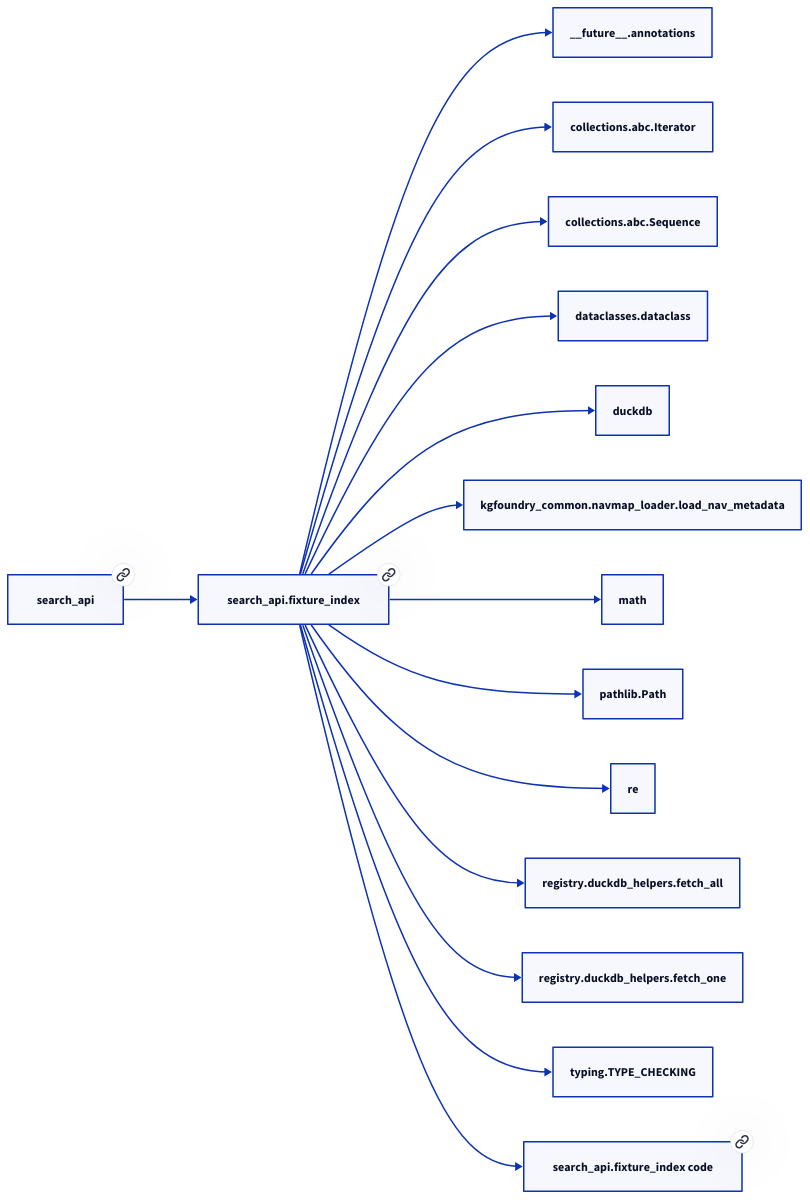
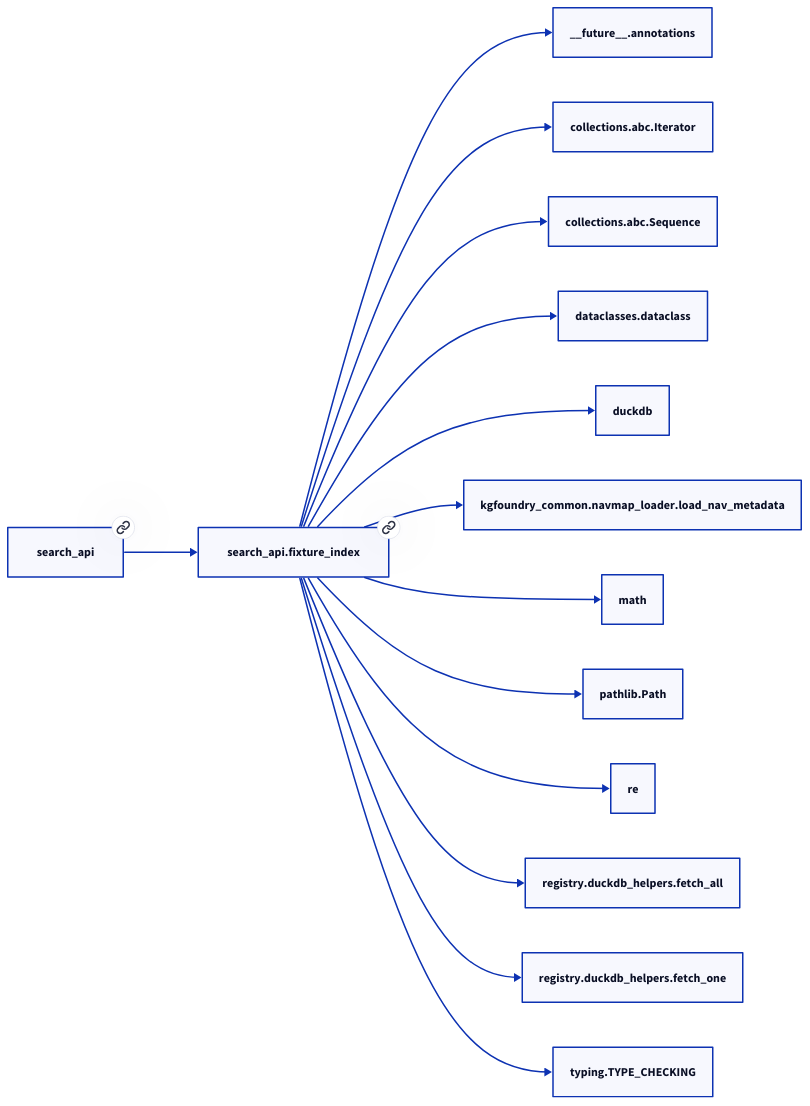
Before and after one commit to paul-heyse/kgforge: the second of 2 diagrams in docs/modules/search_api/fixture_index.md, drawn with D2. The commit also changed other lines of this file and 118 other files, not shown here.

````diff
--- a/docs/modules/search_api/fixture_index.md
+++ b/docs/modules/search_api/fixture_index.md
@@ -52,32 +50,30 @@
 ```d2
 direction: right
-"search_api.fixture_index": "search_api.fixture_index" { link: "./search_api/fixture_index.md" }
+"search_api.fixture_index": "search_api.fixture_index" { link: "fixture_index.md" }
 "__future__.annotations": "__future__.annotations"
 "search_api.fixture_index" -> "__future__.annotations"
 "collections.abc.Iterator": "collections.abc.Iterator"
 "search_api.fixture_index" -> "collections.abc.Iterator"
 "collections.abc.Sequence": "collections.abc.Sequence"
 "search_api.fixture_index" -> "collections.abc.Sequence"
 "dataclasses.dataclass": "dataclasses.dataclass"
 "search_api.fixture_index" -> "dataclasses.dataclass"
 "duckdb": "duckdb"
 "search_api.fixture_index" -> "duckdb"
 "kgfoundry_common.navmap_loader.load_nav_metadata": "kgfoundry_common.navmap_loader.load_nav_metadata"
 "search_api.fixture_index" -> "kgfoundry_common.navmap_loader.load_nav_metadata"
 "math": "math"
 "search_api.fixture_index" -> "math"
 "pathlib.Path": "pathlib.Path"
 "search_api.fixture_index" -> "pathlib.Path"
 "re": "re"
 "search_api.fixture_index" -> "re"
 "registry.duckdb_helpers.fetch_all": "registry.duckdb_helpers.fetch_all"
 "search_api.fixture_index" -> "registry.duckdb_helpers.fetch_all"
 "registry.duckdb_helpers.fetch_one": "registry.duckdb_helpers.fetch_one"
 "search_api.fixture_index" -> "registry.duckdb_helpers.fetch_one"
 "typing.TYPE_CHECKING": "typing.TYPE_CHECKING"
 "search_api.fixture_index" -> "typing.TYPE_CHECKING"
-"search_api": "search_api" { link: "./search_api.md" }
+"search_api": "search_api" { link: "../search_api.md" }
 "search_api" -> "search_api.fixture_index"
-"search_api.fixture_index_code": "search_api.fixture_index code" { link: "https://github.com/kgfoundry/kgfoundry/blob/main/src/search_api/fixture_index.py" }
-"search_api.fixture_index" -> "search_api.fixture_index_code" { style: dashed }
 ```
````
